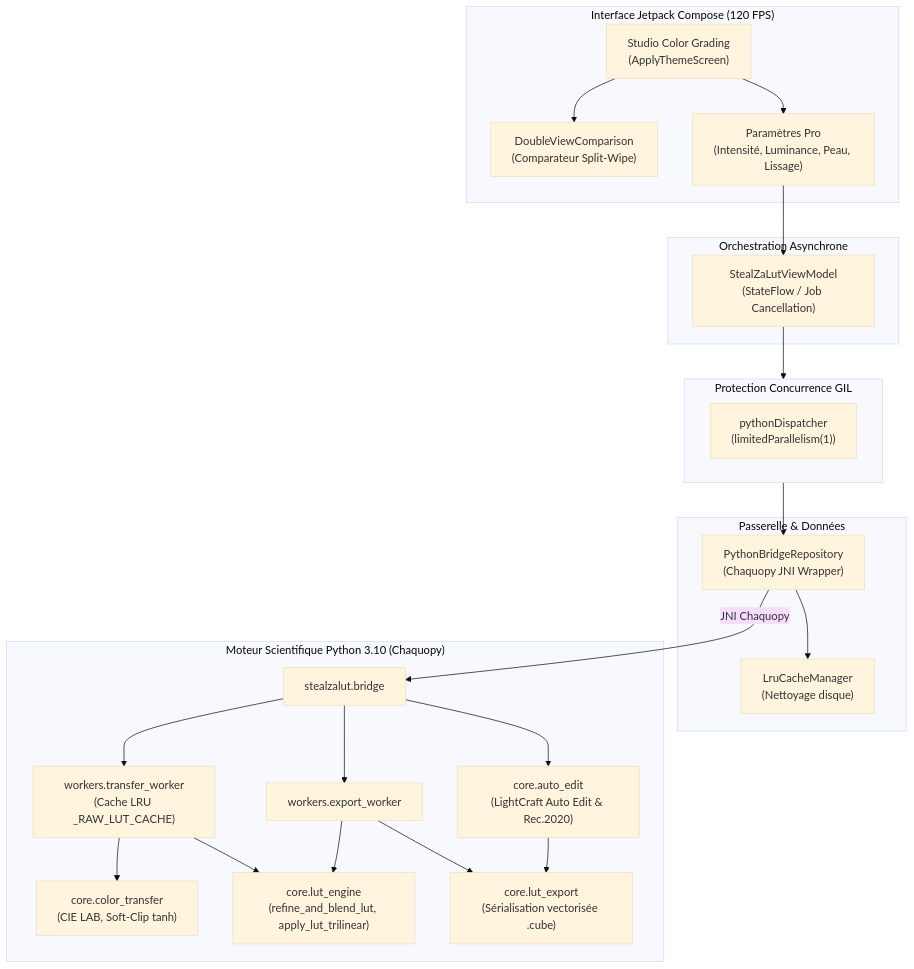
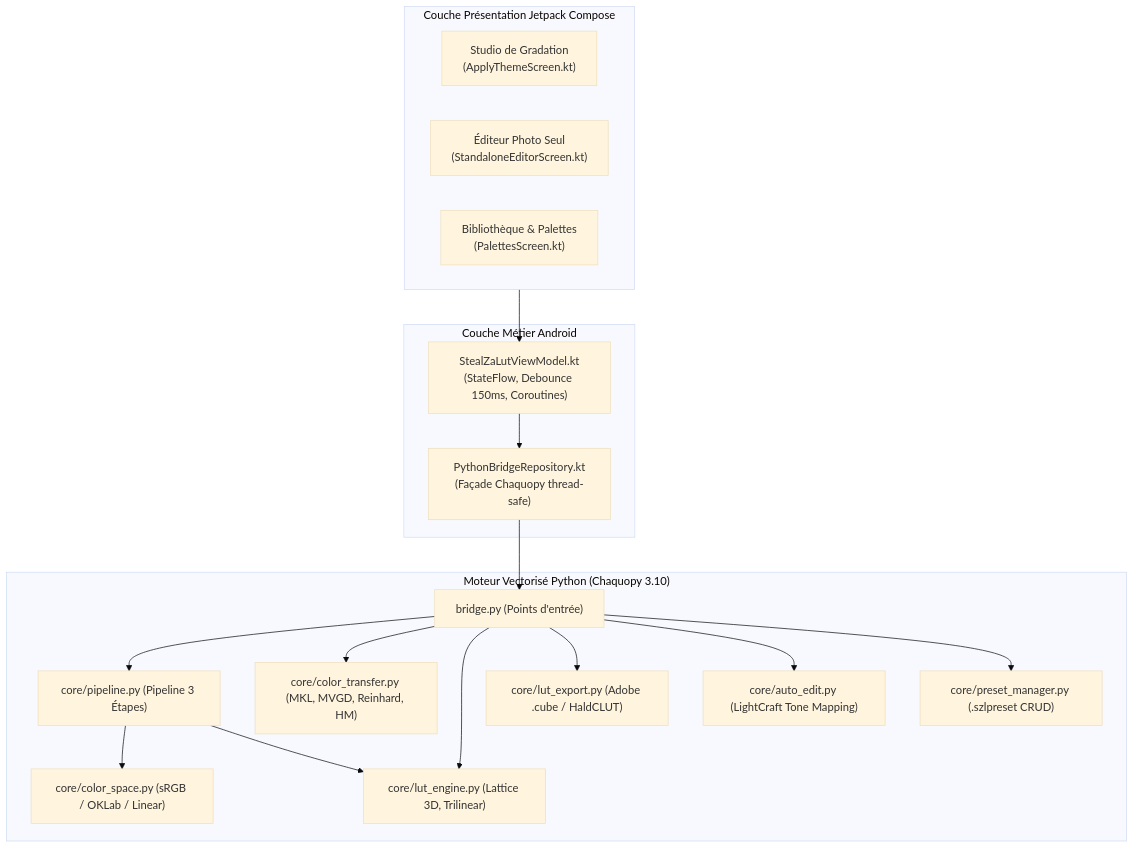
One commit to Aupiet/StealZaLut_Mobile changed the second of 2 diagrams in README.md. Above: the diagram before and after it, drawn with Mermaid (base theme). The commit also changed other lines of this file and 12 other files, not shown here.

Commit message:
feat: update StandaloneEditorScreen, python lut engine, string resources, and app documentation

````diff
--- a/README.md
+++ b/README.md
@@ -89,48 +113,30 @@
 ```mermaid
 graph TD
-    subgraph UI_Layer ["Interface Jetpack Compose (120 FPS)"]
-        Studio["Studio Color Grading\n(ApplyThemeScreen)"]
-        DoubleView["DoubleViewComparison\n(Comparateur Split-Wipe)"]
-        Sliders["Paramètres Pro\n(Intensité, Luminance, Peau, Lissage)"]
+    subgraph UI ["Couche Présentation Jetpack Compose"]
+        ApplyScreen["Studio de Gradation\n(ApplyThemeScreen.kt)"]
+        EditorScreen["Éditeur Photo Seul\n(StandaloneEditorScreen.kt)"]
+        PalettesScreen["Bibliothèque & Palettes\n(PalettesScreen.kt)"]
     end
 
-    subgraph ViewModel_Layer ["Orchestration Asynchrone"]
-        VM["StealZaLutViewModel\n(StateFlow / Job Cancellation)"]
+    subgraph VM ["Couche Métier Android"]
+        ViewModel["StealZaLutViewModel.kt\n(StateFlow, Debounce 150ms, Coroutines)"]
+        BridgeRepo["PythonBridgeRepository.kt\n(Façade Chaquopy thread-safe)"]
     end
 
-    subgraph Concurrency_Guard ["Protection Concurrence GIL"]
-        Dispatcher["pythonDispatcher\n(limitedParallelism(1))"]
+    subgraph CorePython ["Moteur Vectorisé Python (Chaquopy 3.10)"]
+        Bridge["bridge.py (Points d'entrée)"]
+        Pipeline["core/pipeline.py (Pipeline 3 Étapes)"]
+        ColorSpace["core/color_space.py (sRGB / OKLab / Linear)"]
+        ColorTransfer["core/color_transfer.py (MKL, MVGD, Reinhard, HM)"]
+        LutEngine["core/lut_engine.py (Lattice 3D, Trilinear)"]
+        LutExport["core/lut_export.py (Adobe .cube / HaldCLUT)"]
+        AutoEdit["core/auto_edit.py (LightCraft Tone Mapping)"]
+        PresetManager["core/preset_manager.py (.szlpreset CRUD)"]
     end
 
-    subgraph Data_Layer ["Passerelle & Données"]
-        BridgeRepo["PythonBridgeRepository\n(Chaquopy JNI Wrapper)"]
-        LRU["LruCacheManager\n(Nettoyage disque)"]
-    end
-
-    subgraph Python_Backend ["Moteur Scientifique Python 3.10 (Chaquopy)"]
-        BridgePy["stealzalut.bridge"]
-        TransferWorker["workers.transfer_worker\n(Cache LRU _RAW_LUT_CACHE)"]
-        ExportWorker["workers.export_worker"]
-        AutoEdit["core.auto_edit\n(LightCraft Auto Edit & Rec.2020)"]
-        ColorTransfer["core.color_transfer\n(CIE LAB, Soft-Clip tanh)"]
-        LutEngine["core.lut_engine\n(refine_and_blend_lut, apply_lut_trilinear)"]
-        LutExport["core.lut_export\n(Sérialisation vectorisée .cube)"]
-    end
-
-    Studio --> Sliders
-    Sliders --> VM
-    Studio --> DoubleView
-    VM --> Concurrency_Guard
-    Concurrency_Guard --> BridgeRepo
-    BridgeRepo --> LRU
-    BridgeRepo -->|JNI Chaquopy| BridgePy
-
-    BridgePy --> TransferWorker
-    BridgePy --> ExportWorker
-    BridgePy --> AutoEdit
-    TransferWorker --> LutEngine
-    TransferWorker --> ColorTransfer
-    ExportWorker --> LutEngine
-    ExportWorker --> LutExport
-    AutoEdit --> LutExport
+    UI --> ViewModel
+    ViewModel --> BridgeRepo
+    BridgeRepo --> Bridge
+    Bridge --> Pipeline & ColorTransfer & LutEngine & LutExport & AutoEdit & PresetManager
+    Pipeline --> ColorSpace & LutEngine
 ```
````
